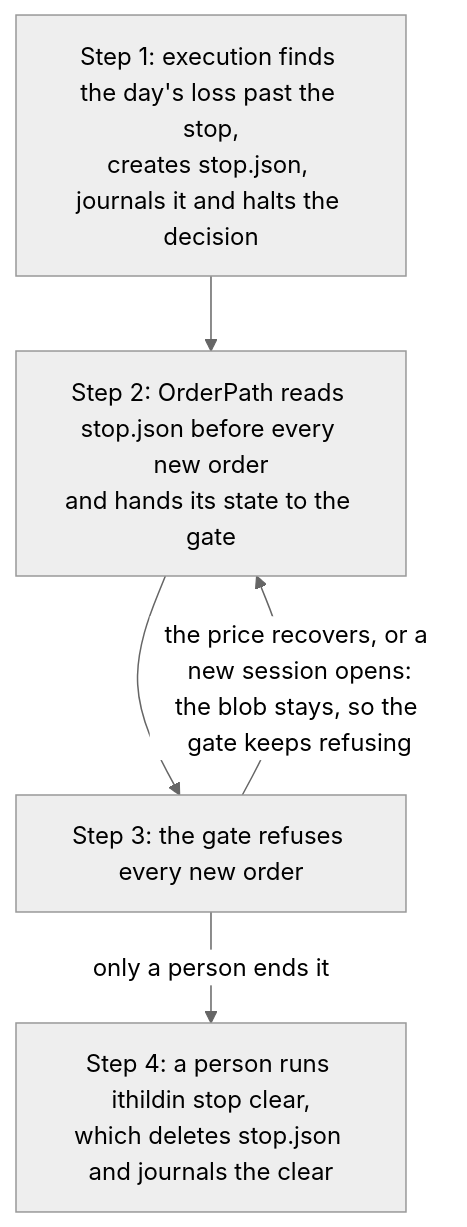
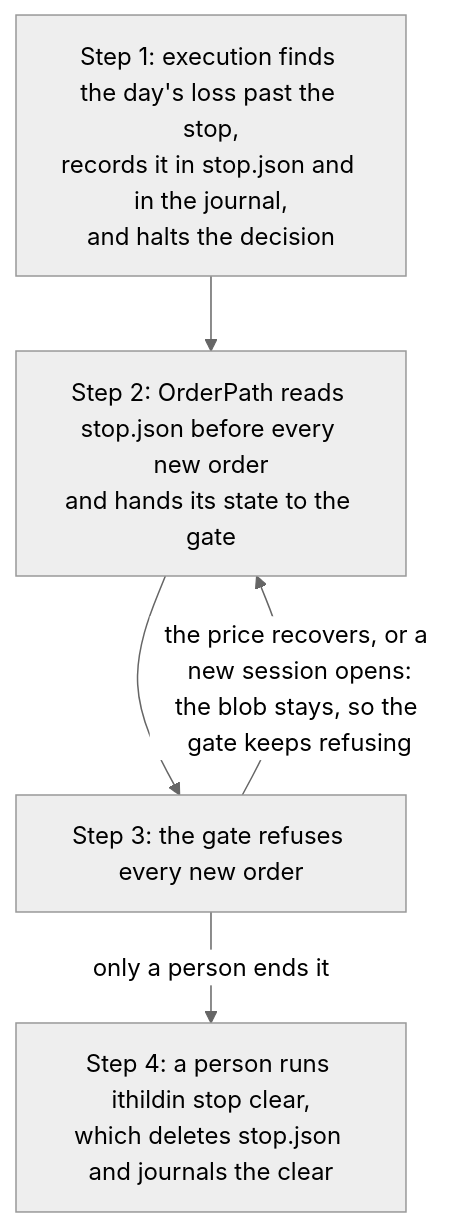
Before and after one commit to l3a0/ithildin-runtime: diagram 14 of 18 in docs/architecture/06-runtime.md, drawn with Mermaid (neutral theme). The commit also changed other lines of this file and 23 other files, not shown here.

````diff
--- a/docs/architecture/06-runtime.md
+++ b/docs/architecture/06-runtime.md
@@ -872,11 +875,11 @@
 ```mermaid
 flowchart TD
-    fire["Step 1: execution finds the day's loss past the stop,<br/>creates stop.json, journals it and halts the decision"]
+    fire["Step 1: execution finds the day's loss past the stop,<br/>records it in stop.json and in the journal,<br/>and halts the decision"]
     read["Step 2: OrderPath reads stop.json before every new order<br/>and hands its state to the gate"]
     refuse["Step 3: the gate refuses every new order"]
     clear["Step 4: a person runs ithildin stop clear,<br/>which deletes stop.json and journals the clear"]
     fire --> read
     read --> refuse
     refuse -->|"the price recovers, or a new session opens:<br/>the blob stays, so the gate keeps refusing"| read
     refuse -->|"only a person ends it"| clear
 ```
````
